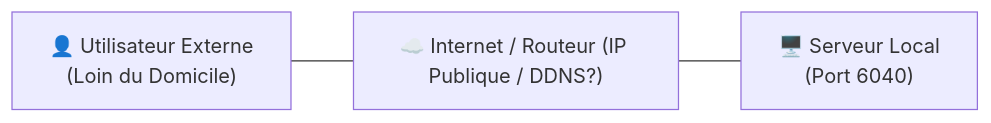
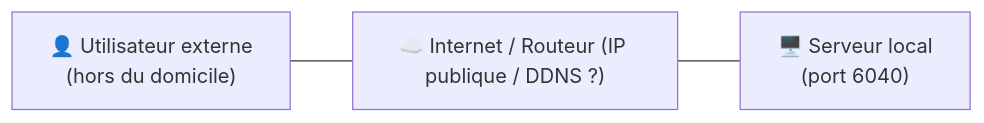
The first of 5 diagrams in mkdocs_src/docs/admin/service_exposure.fr.md (Librefolio/LibreFolio), drawn with Mermaid before and after one commit. The commit also changed other lines of this file and 430 other files, not shown here.

````diff
--- a/mkdocs_src/docs/admin/service_exposure.fr.md
+++ b/mkdocs_src/docs/admin/service_exposure.fr.md
@@ -23,5 +30,5 @@
 ```mermaid
 graph LR
- User["👤 Utilisateur Externe<br>(Loin du Domicile)"] --- Cloud["☁️ Internet / Routeur (IP Publique / DDNS?)"]
- Cloud --- Server["🖥️ Serveur Local<br>(Port 6040)"]
+    User["👤 Utilisateur externe<br>(hors du domicile)"] --- Cloud["☁️ Internet / Routeur (IP publique / DDNS ?)"]
+    Cloud --- Server["🖥️ Serveur local<br>(port 6040)"]
 ```
````
